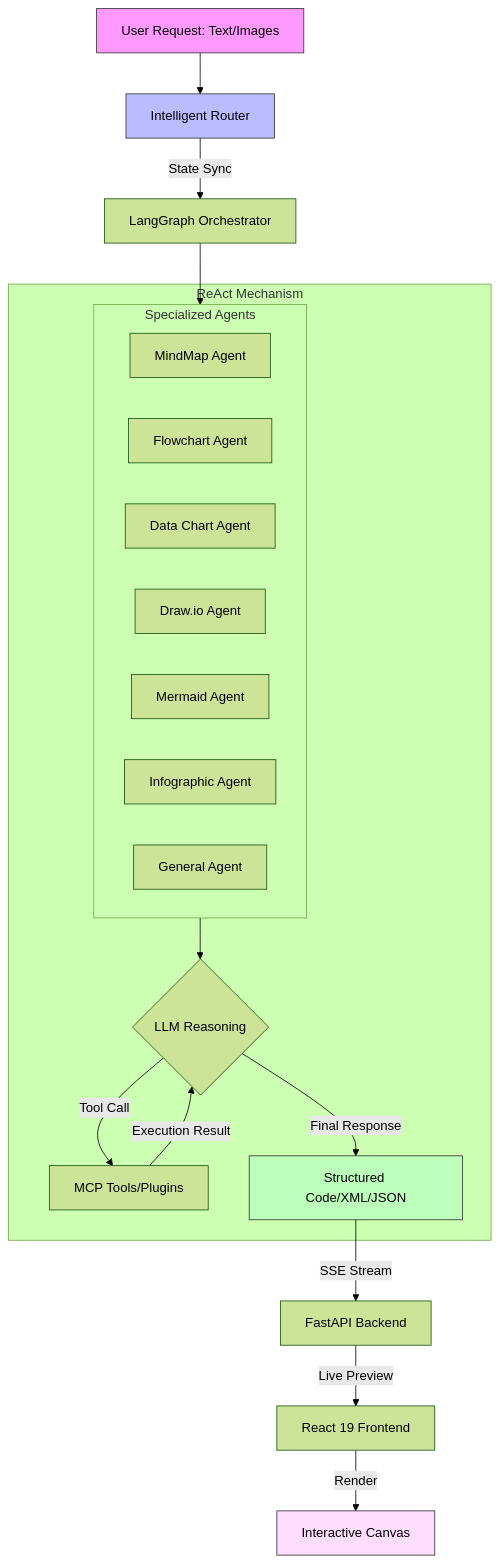
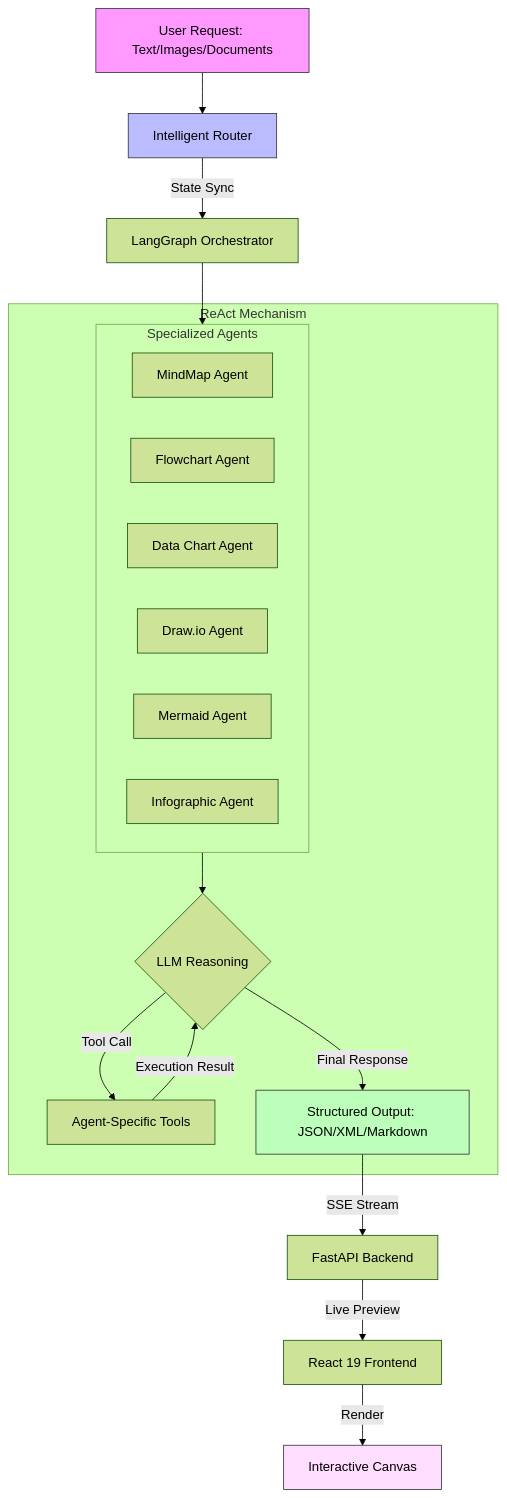
The diagram in README.md (CrazyForks/DeepDiagram), drawn with Mermaid (forest theme) before and after one commit. The commit also changed other lines of this file and 7 other files, not shown here.

Commit message:
docs: enhance READMEs with comprehensive feature and architecture details; feat: refine agent system prompts to strictly enforce tool usage.

````diff
--- a/README.md
+++ b/README.md
@@ -98,33 +116,32 @@
 ```mermaid
 graph TD
-    Input[User Request: Text/Images] --> Router[Intelligent Router]
+    Input[User Request: Text/Images/Documents] --> Router[Intelligent Router]
     Router -- State Sync --> Graph[LangGraph Orchestrator]
 
     subgraph Agents [Specialized Agents]
         AgentMM[MindMap Agent]
         AgentFlow[Flowchart Agent]
         AgentChart[Data Chart Agent]
         AgentDraw[Draw.io Agent]
         AgentMermaid[Mermaid Agent]
         AgentInfo[Infographic Agent]
-        AgentGen[General Agent]
     end
 
     Graph --> Agents
 
     subgraph Loop [ReAct Mechanism]
         Agents --> LLM{LLM Reasoning}
-        LLM -->|Tool Call| Tools[MCP Tools/Plugins]
+        LLM -->|Tool Call| Tools[Agent-Specific Tools]
         Tools -->|Execution Result| LLM
-        LLM -->|Final Response| Code[Structured Code/XML/JSON]
+        LLM -->|Final Response| Code[Structured Output: JSON/XML/Markdown]
     end
 
     Code -->|SSE Stream| Backend[FastAPI Backend]
     Backend -->|Live Preview| Frontend[React 19 Frontend]
     Frontend -->|Render| Canvas[Interactive Canvas]
 
     style Input fill:#f9f,stroke:#333
     style Router fill:#bbf,stroke:#333
     style Code fill:#bfb,stroke:#333
     style Canvas fill:#fdf,stroke:#333
 ```
````
